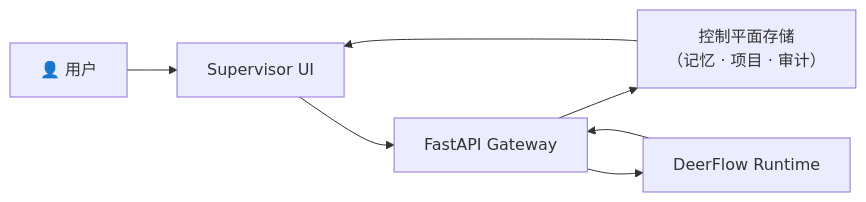
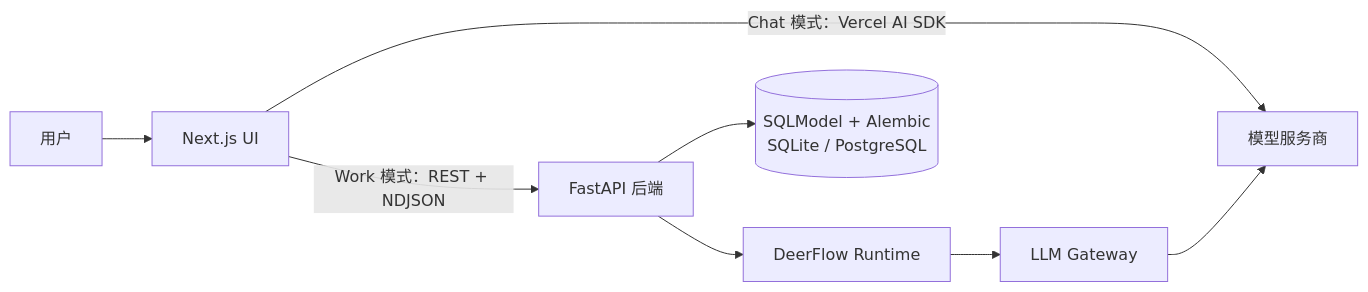
The diagram in README_zh.md (rongxinzy/SwarmMind), drawn with Mermaid before and after one commit. The commit also changed other lines of this file and 135 other files, not shown here.

````diff
--- a/README_zh.md
+++ b/README_zh.md
@@ -67,9 +41,10 @@
 ```mermaid
 flowchart LR
-  U["👤 用户"] --> UI["Supervisor UI"]
-  UI --> API["FastAPI Gateway"]
-  API --> CP["控制平面存储\n（记忆 · 项目 · 审计）"]
+  U["用户"] --> UI["Next.js UI"]
+  UI -->|"Chat 模式：Vercel AI SDK"| LLM["模型服务商"]
+  UI -->|"Work 模式：REST + NDJSON"| API["FastAPI 后端"]
   API --> RT["DeerFlow Runtime"]
-  CP --> UI
-  RT --> API
+  RT --> GW["LLM Gateway"]
+  GW --> LLM
+  API --> DB[("SQLModel + Alembic<br/>SQLite / PostgreSQL")]
 ```
````
